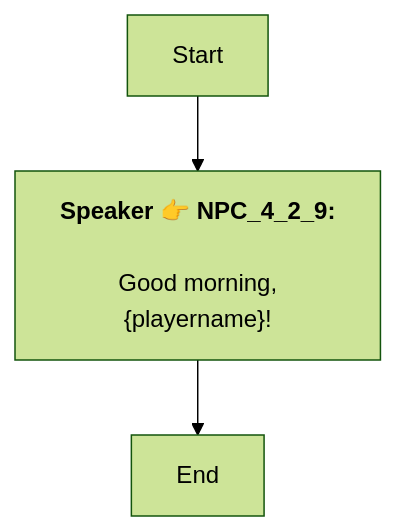
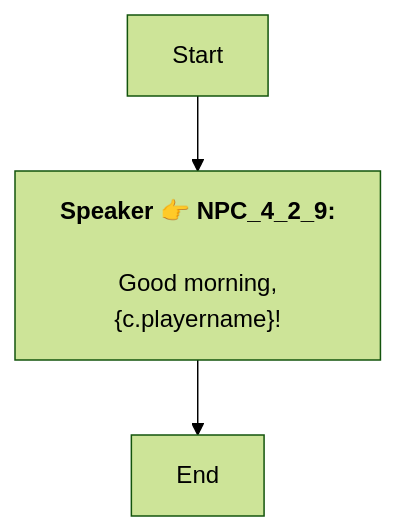
Before and after one commit to SoftHu/tos_avg: the diagram in En/QuestApproachDialogNode_1741365225259229.md, drawn with Mermaid (forest theme). The commit also changed 410 other files, not shown here.

````diff
--- a/En/QuestApproachDialogNode_1741365225259229.md
+++ b/En/QuestApproachDialogNode_1741365225259229.md
@@ -1,8 +1,8 @@
 ```mermaid
 graph
 Start -->1741464260069634[<b>Speaker 👉 NPC_4_2_9:</b>
 \nGood morning,
-&lbrace;playername&rbrace;!]
+&lbrace;c.playername&rbrace;!]
 1741464260069634 -->1741365335831777[End]
 
 ```
````
